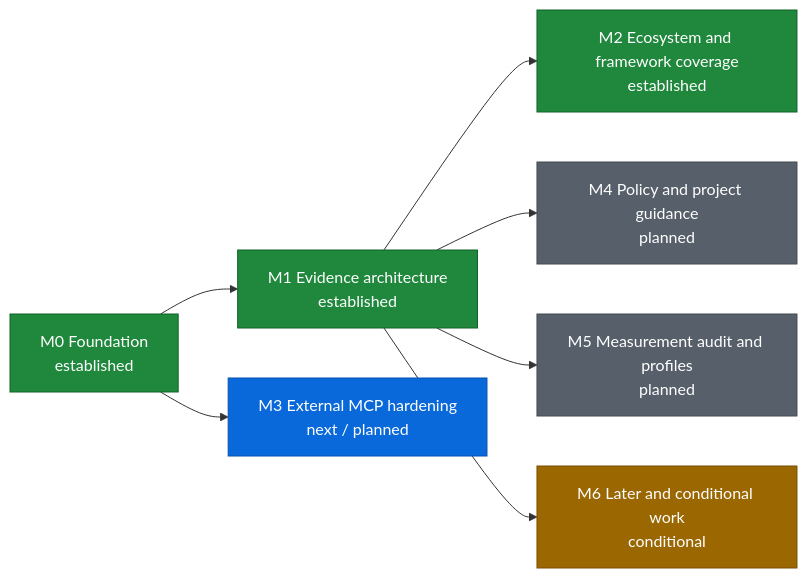
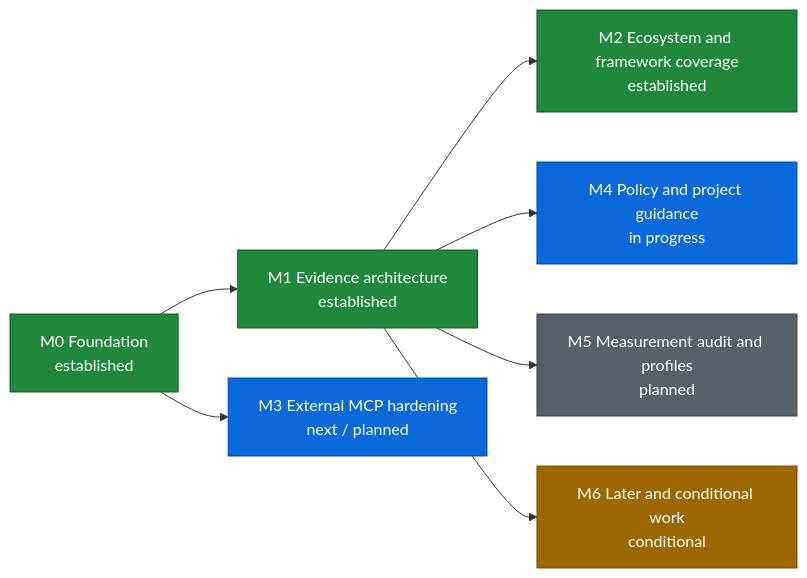
The diagram in ROADMAP.md (xeonvs/open-code-review-toolkit), drawn with Mermaid before and after one commit. The commit also changed other lines of this file and 73 other files, not shown here.

First line of the commit message:
Deliver M4 policy and project guidance (#83)

````diff
--- a/ROADMAP.md
+++ b/ROADMAP.md
@@ -8,19 +8,19 @@
 ```mermaid
 flowchart LR
     M0["M0 Foundation<br/>established"] --> M1["M1 Evidence architecture<br/>established"]
     M0 --> M3["M3 External MCP hardening<br/>next / planned"]
     M1 --> M2["M2 Ecosystem and framework coverage<br/>established"]
-    M1 --> M4["M4 Policy and project guidance<br/>planned"]
+    M1 --> M4["M4 Policy and project guidance<br/>in progress"]
     M1 --> M5["M5 Measurement audit and profiles<br/>planned"]
     M1 --> M6["M6 Later and conditional work<br/>conditional"]
 
     classDef established fill:#1f883d,stroke:#116329,color:#ffffff
     classDef next fill:#0969da,stroke:#0550ae,color:#ffffff
     classDef planned fill:#57606a,stroke:#424a53,color:#ffffff
     classDef conditional fill:#9a6700,stroke:#7d4e00,color:#ffffff
 
     class M0,M1,M2 established
-    class M3 next
-    class M4,M5 planned
+    class M3,M4 next
+    class M5 planned
     class M6 conditional
 ```
````
